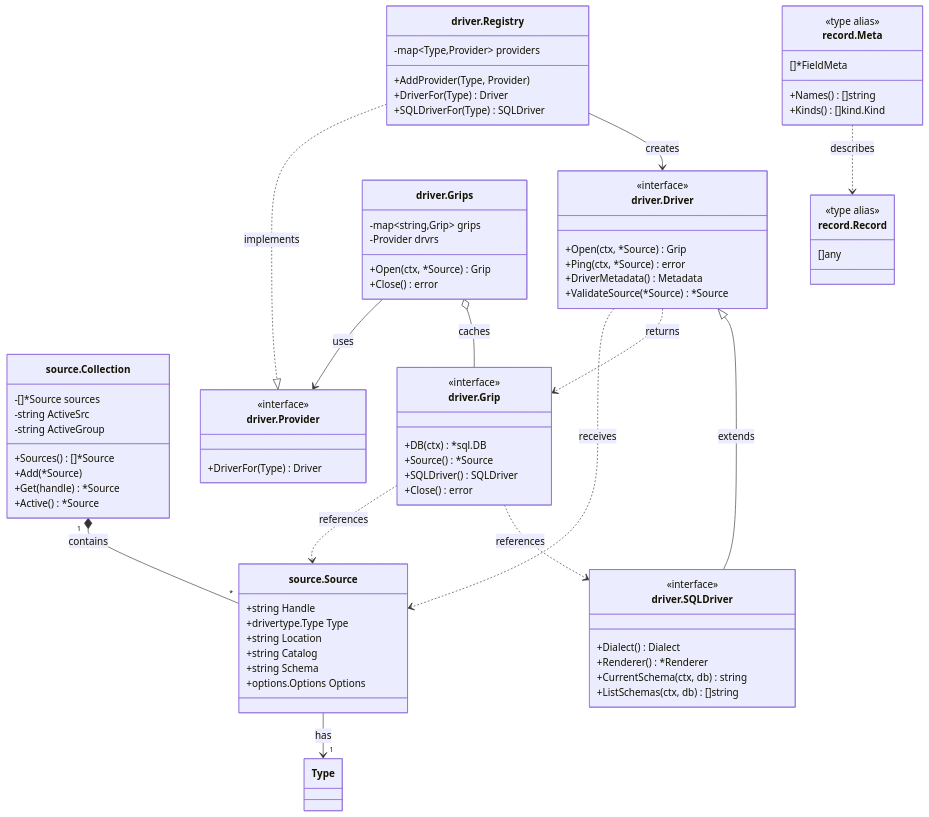
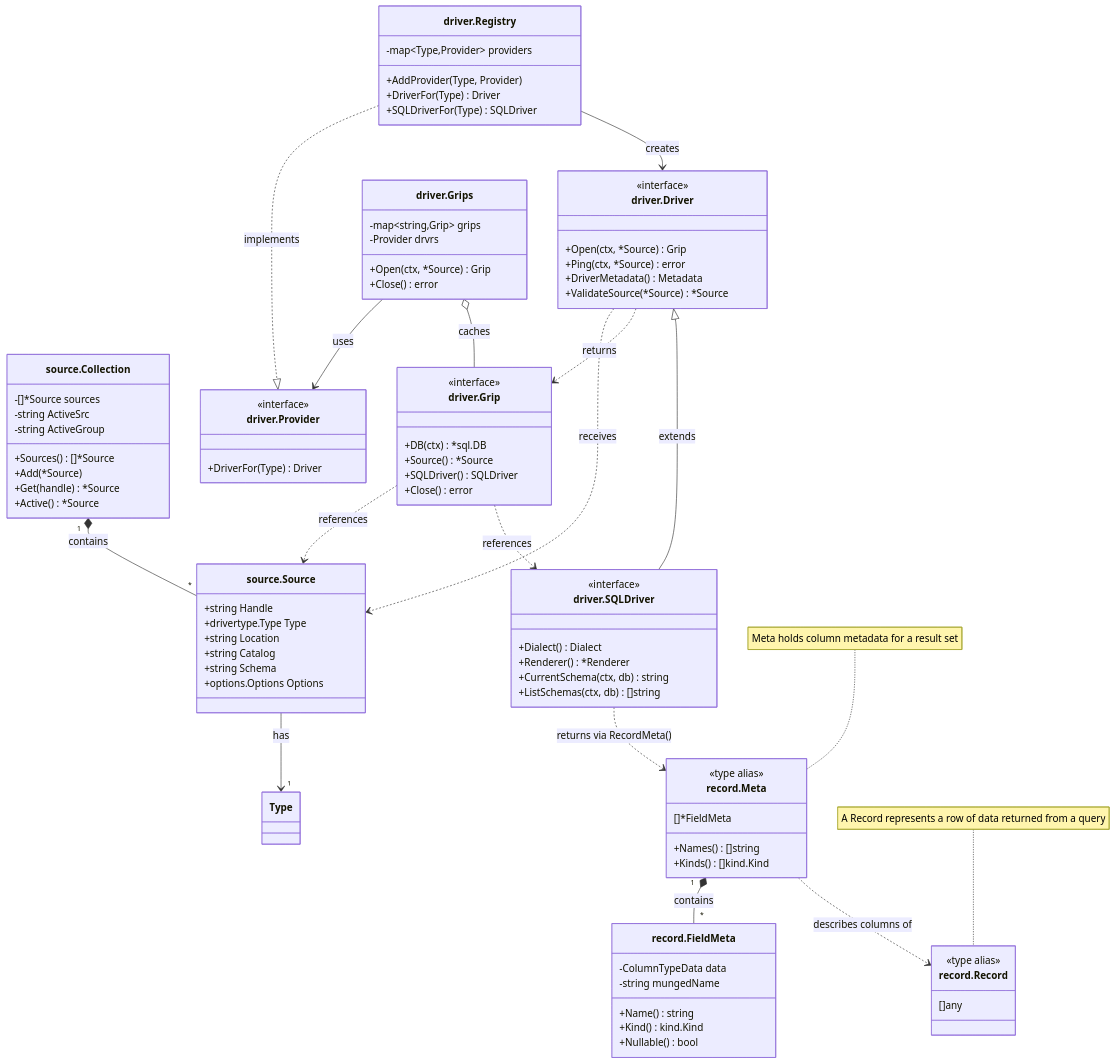
The diagram in ARCHITECTURE.md (neilotoole/sq), drawn with Mermaid before and after one commit.

Commit message:
Add record.FieldMeta and notes to architecture diagram
Expand the entity relationship diagram with record.FieldMeta type
and its relationship to record.Meta. Add explanatory notes for
Record and Meta types. Wire up SQLDriver to Meta via RecordMeta()
method to show the data flow from driver to record metadata.

````diff
--- a/ARCHITECTURE.md
+++ b/ARCHITECTURE.md
@@ -73,6 +73,7 @@
         <<type alias>>
         []any
     }
+    note for `record.Record` "A Record represents a row of data returned from a query"
 
     class `record.Meta` {
         <<type alias>>
@@ -80,17 +81,28 @@
         +Names() []string
         +Kinds() []kind.Kind
     }
+    note for `record.Meta` "Meta holds column metadata for a result set"
+
+    class `record.FieldMeta` {
+        -ColumnTypeData data
+        -string mungedName
+        +Name() string
+        +Kind() kind.Kind
+        +Nullable() bool
+    }
 
     `source.Collection` "1" *-- "*" `source.Source` : contains
     `source.Source` --> "1" Type : has
     `driver.Registry` ..|> `driver.Provider` : implements
     `driver.Registry` --> `driver.Driver` : creates
     `driver.SQLDriver` --|> `driver.Driver` : extends
+    `driver.SQLDriver` ..> `record.Meta` : returns via RecordMeta()
     `driver.Driver` ..> `source.Source` : receives
     `driver.Driver` ..> `driver.Grip` : returns
     `driver.Grips` --> `driver.Provider` : uses
     `driver.Grips` o-- `driver.Grip` : caches
     `driver.Grip` ..> `source.Source` : references
     `driver.Grip` ..> `driver.SQLDriver` : references
-    `record.Meta` ..> `record.Record` : describes
+    `record.Meta` "1" *-- "*" `record.FieldMeta` : contains
+    `record.Meta` ..> `record.Record` : describes columns of
 ```
````
